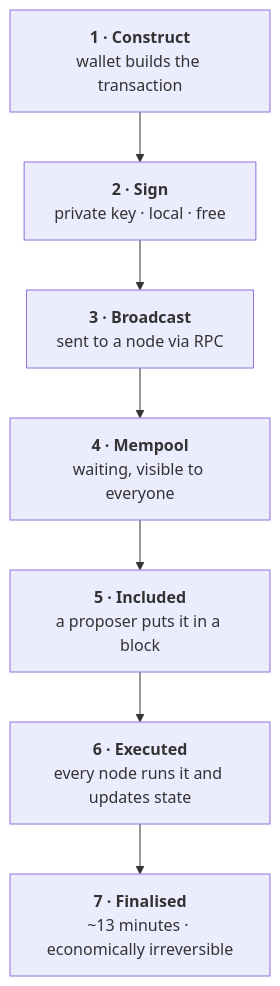
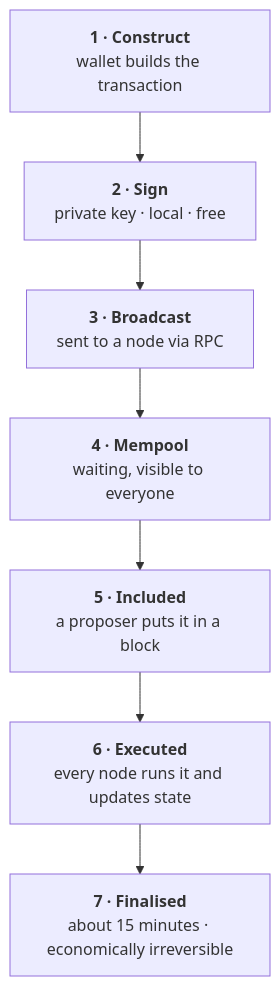
One commit to Blockchain-NTU-SG/academy-handbook changed the second of 2 diagrams in docs/foundation/week-2/part-4-transactions-and-gas.md. Above: the diagram before and after it, drawn with Mermaid. The commit also changed other lines of this file and 52 other files, not shown here.

````diff
--- a/docs/foundation/week-2/part-4-transactions-and-gas.md
+++ b/docs/foundation/week-2/part-4-transactions-and-gas.md
@@ -83,11 +83,11 @@
 ```mermaid
 flowchart TD
   A["<b>1 · Construct</b><br/>wallet builds the transaction"]
   B["<b>2 · Sign</b><br/>private key · local · free"]
   C["<b>3 · Broadcast</b><br/>sent to a node via RPC"]
   D["<b>4 · Mempool</b><br/>waiting, visible to everyone"]
   E["<b>5 · Included</b><br/>a proposer puts it in a block"]
   F["<b>6 · Executed</b><br/>every node runs it and updates state"]
-  G["<b>7 · Finalised</b><br/>~13 minutes · economically irreversible"]
+  G["<b>7 · Finalised</b><br/>about 15 minutes · economically irreversible"]
   A --> B --> C --> D --> E --> F --> G
 ```
````
